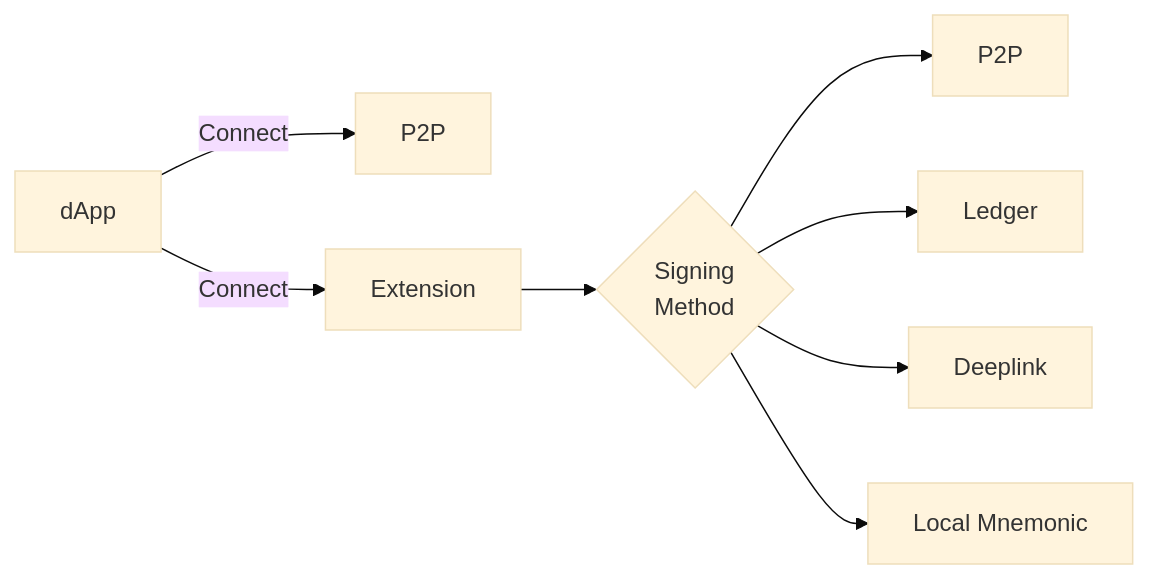
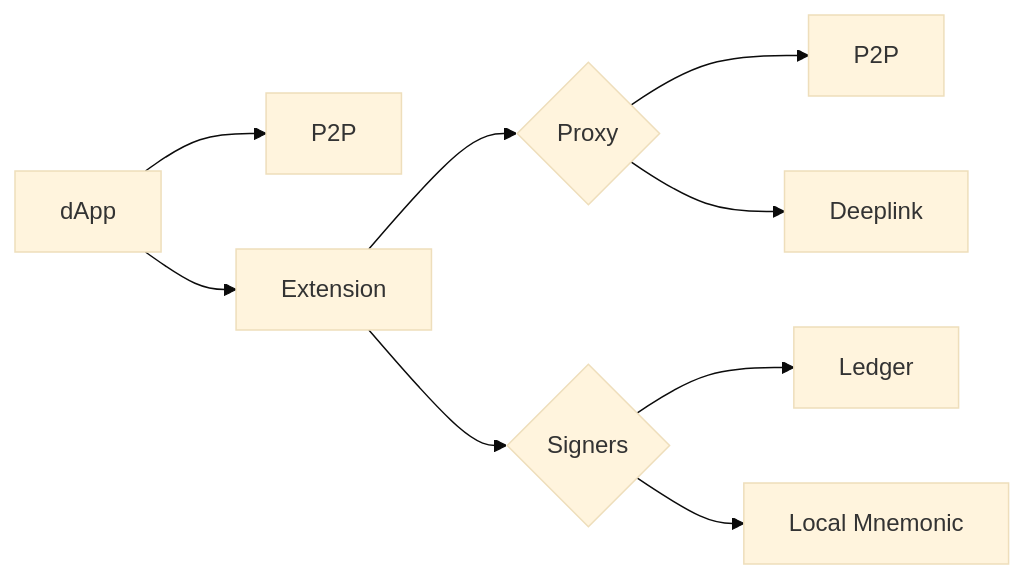
One commit to airgap-it/beacon-sdk changed the diagram in Flows.md. Above: the diagram before and after it, drawn with Mermaid (base theme).

Commit message:
feat(flows): split proxies and signers

````diff
--- a/Flows.md
+++ b/Flows.md
@@ -1,10 +1,11 @@
 ```mermaid
 graph LR
-    A[dApp] -->|Connect| B[P2P]
-    A[dApp] -->|Connect| C[Extension]
-    C --> D{Signing<br/>Method}
-    D --> E[P2P]
-    D --> F[Ledger]
-    D --> G[Deeplink]
-    D --> H[Local Mnemonic]
+    A[dApp] --> B[P2P]
+    A[dApp] --> C[Extension]
+    C --> D{Proxy}
+    C --> E{Signers}
+    D --> F[P2P]
+    E --> G[Ledger]
+    D --> H[Deeplink]
+    E --> I[Local Mnemonic]
 ```
````
